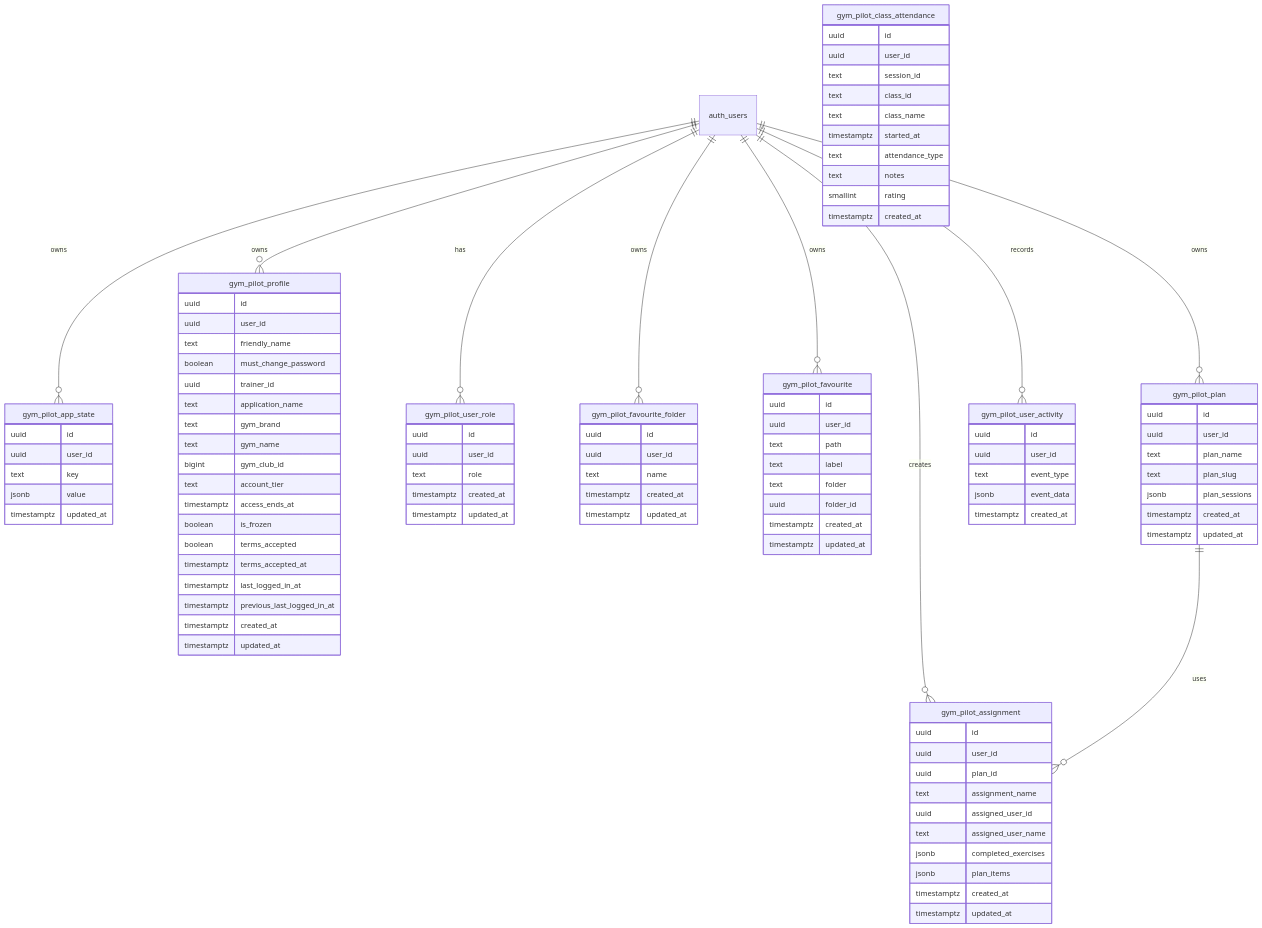
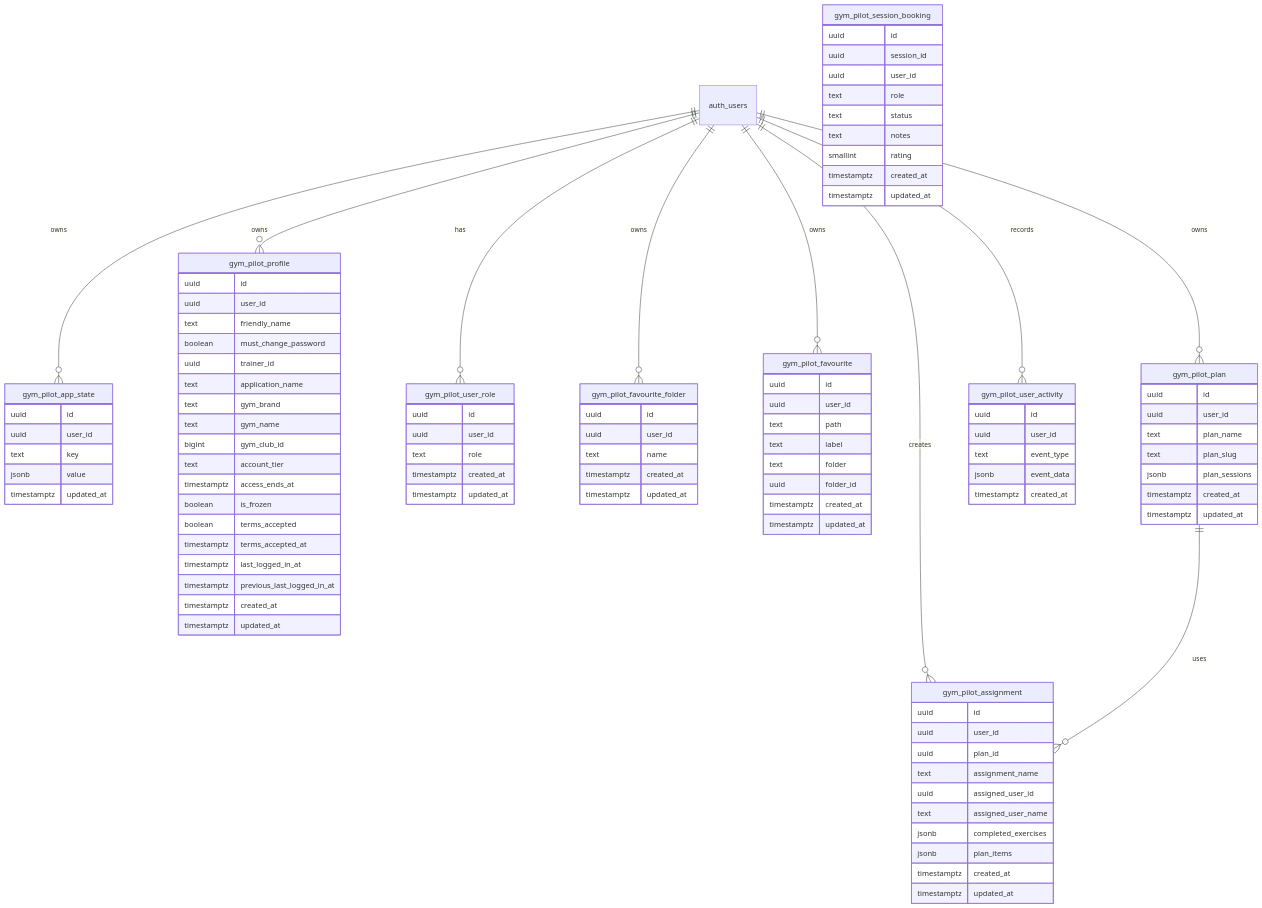
One commit to asudbury/gym-pilot changed the diagram in docs/data-schema.md. Above: the diagram before and after it, drawn with Mermaid. The commit also changed other lines of this file and 18 other files, not shown here.

````diff
--- a/docs/data-schema.md
+++ b/docs/data-schema.md
@@ -220,16 +220,15 @@
         timestamptz created_at
     }
 
-    gym_pilot_class_attendance {
+    gym_pilot_session_booking {
         uuid id
+        uuid session_id
         uuid user_id
-        text session_id
-        text class_id
-        text class_name
-        timestamptz started_at
-        text attendance_type
+        text role
+        text status
         text notes
         smallint rating
         timestamptz created_at
+        timestamptz updated_at
     }
 ```
````
